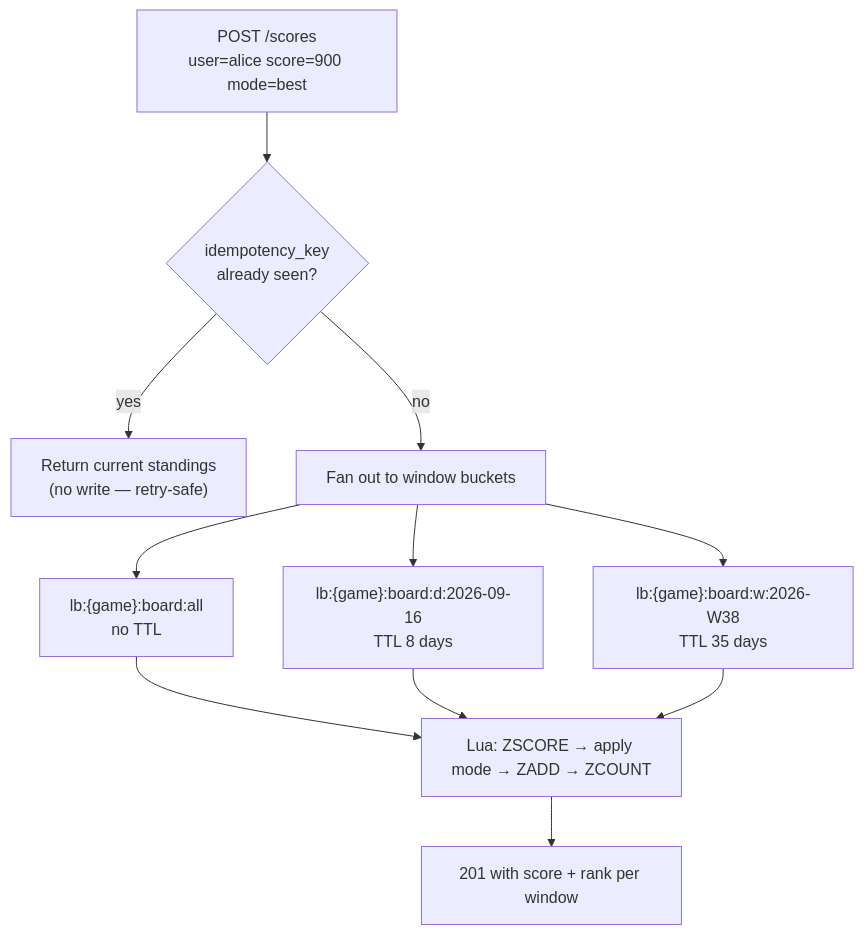
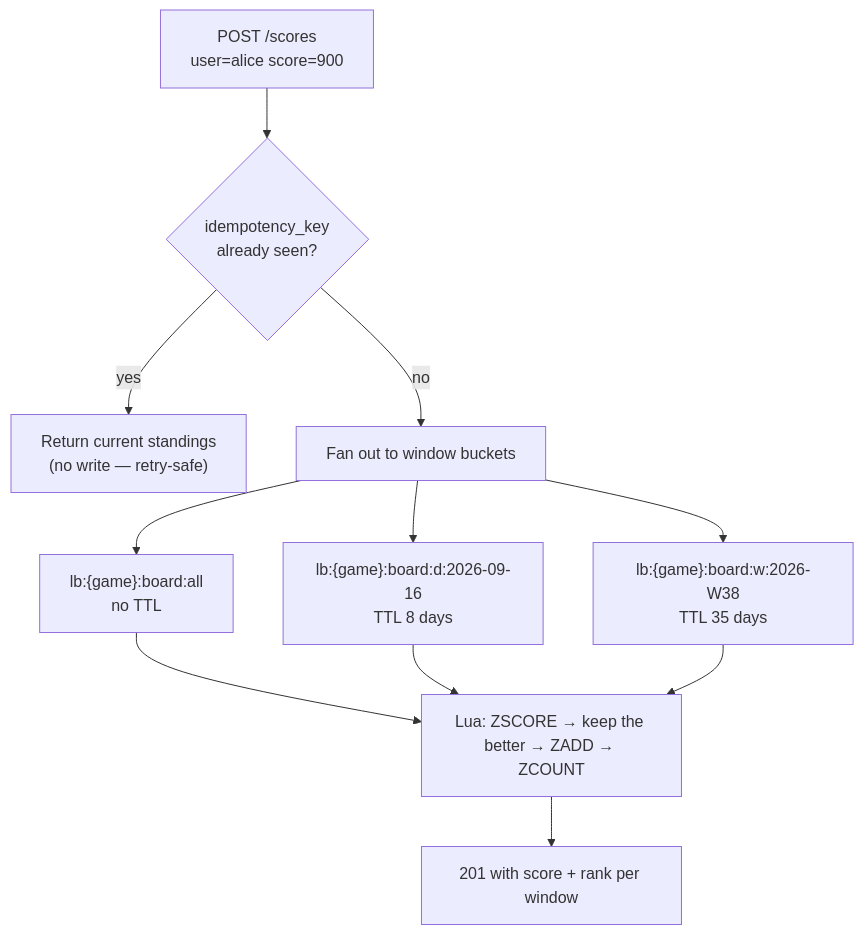
The third of 6 diagrams in docs/architecture.md (evasy/gaming-leaderboard-api), drawn with Mermaid before and after one commit. The commit also changed other lines of this file and 11 other files, not shown here.

First line of the commit message:
Drop score modes; the best score stands

````diff
--- a/docs/architecture.md
+++ b/docs/architecture.md
@@ -87,16 +87,16 @@
 ```mermaid
 flowchart TD
-    submit["POST /scores<br/>user=alice score=900 mode=best"]
+    submit["POST /scores<br/>user=alice score=900"]
     submit --> idem{"idempotency_key<br/>already seen?"}
     idem -- yes --> noop["Return current standings<br/>(no write — retry-safe)"]
     idem -- no --> fan["Fan out to window buckets"]
 
     fan --> a["lb:{game}:board:all<br/>no TTL"]
     fan --> d["lb:{game}:board:d:2026-09-16<br/>TTL 8 days"]
     fan --> w["lb:{game}:board:w:2026-W38<br/>TTL 35 days"]
 
-    a --> lua["Lua: ZSCORE → apply mode → ZADD → ZCOUNT"]
+    a --> lua["Lua: ZSCORE → keep the better → ZADD → ZCOUNT"]
     d --> lua
     w --> lua
     lua --> resp["201 with score + rank per window"]
 ```
````
